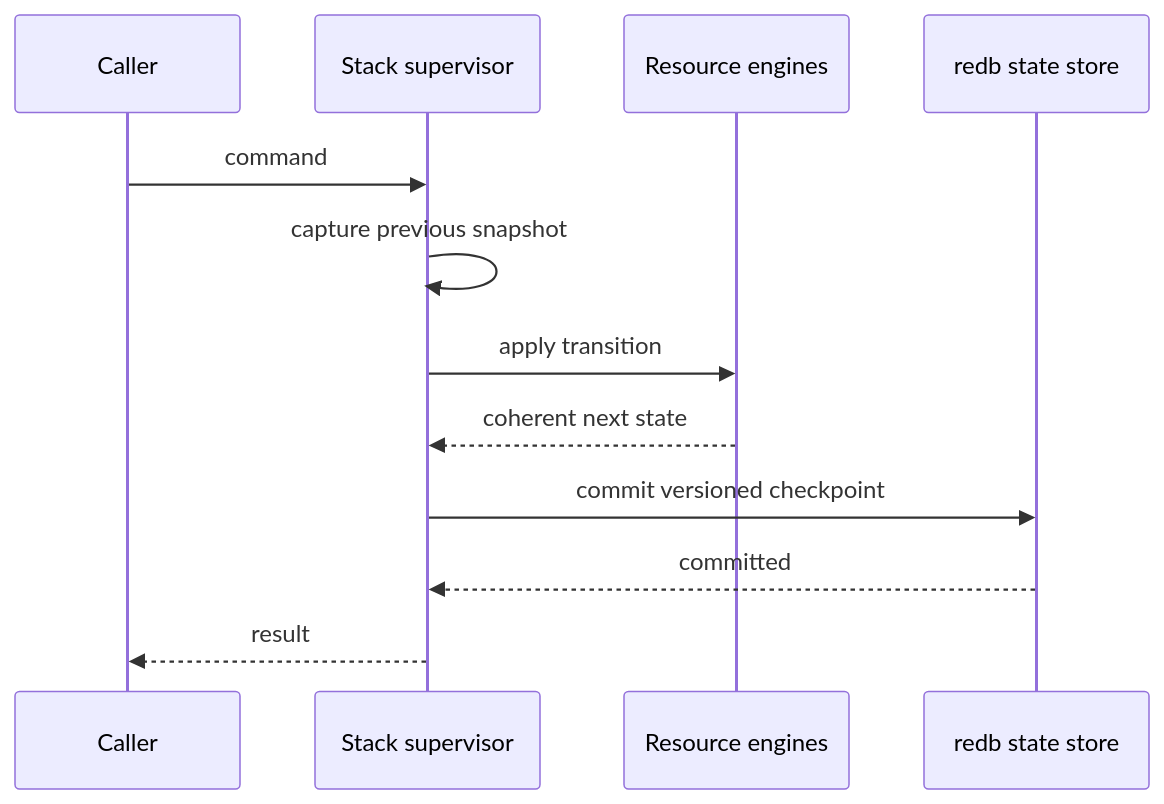
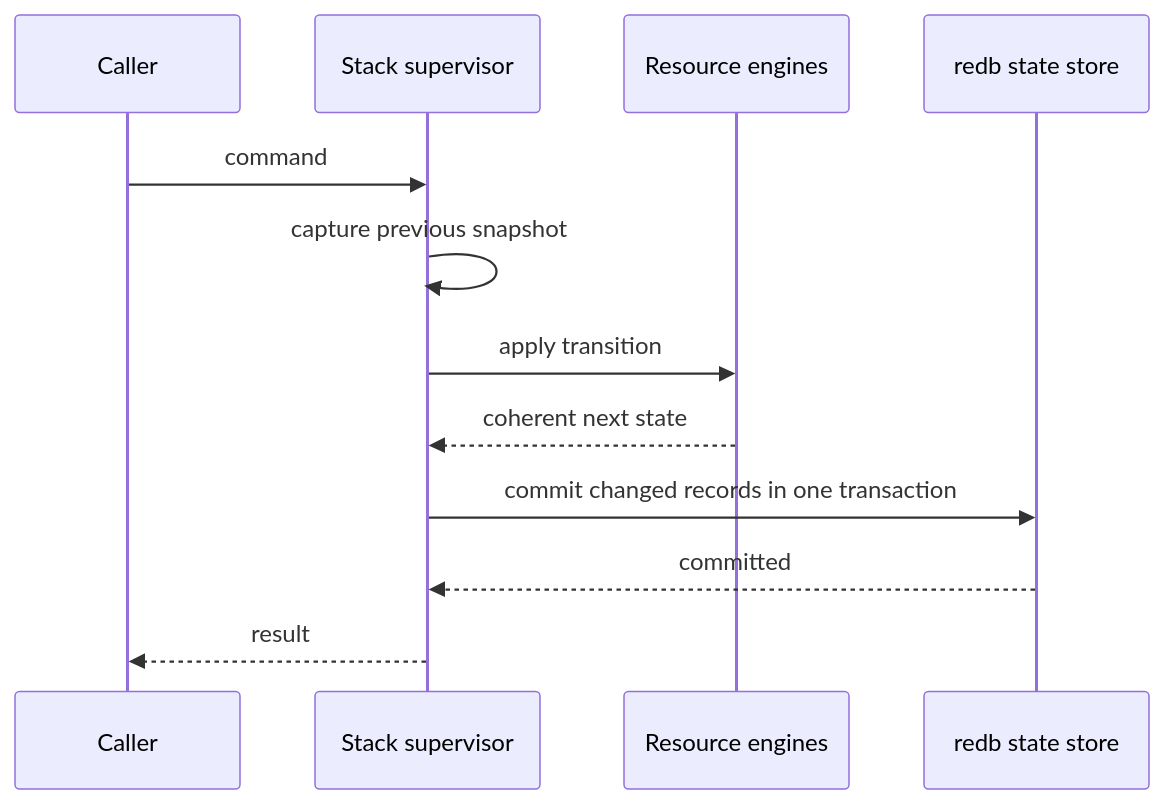
Before and after one commit to inttegro/simile: the diagram in docs/stack-persistence.md, drawn with Mermaid. The commit also changed other lines of this file and 1 other file, not shown here.

````diff
--- a/docs/stack-persistence.md
+++ b/docs/stack-persistence.md
@@ -31,14 +31,14 @@
 ```mermaid
 sequenceDiagram
   participant C as Caller
   participant S as Stack supervisor
   participant E as Resource engines
   participant R as redb state store
   C->>S: command
   S->>S: capture previous snapshot
   S->>E: apply transition
   E-->>S: coherent next state
-  S->>R: commit versioned checkpoint
+  S->>R: commit changed records in one transaction
   R-->>S: committed
   S-->>C: result
 ```
````
